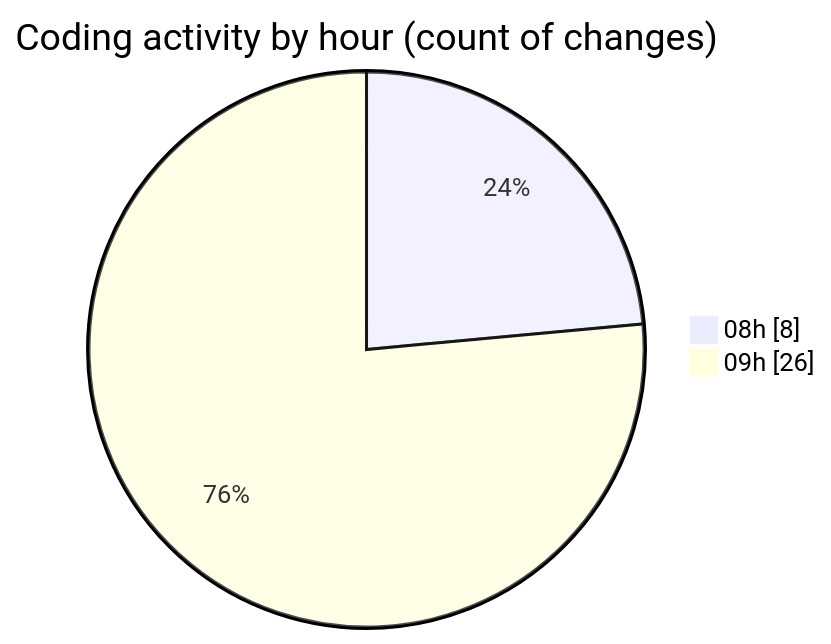
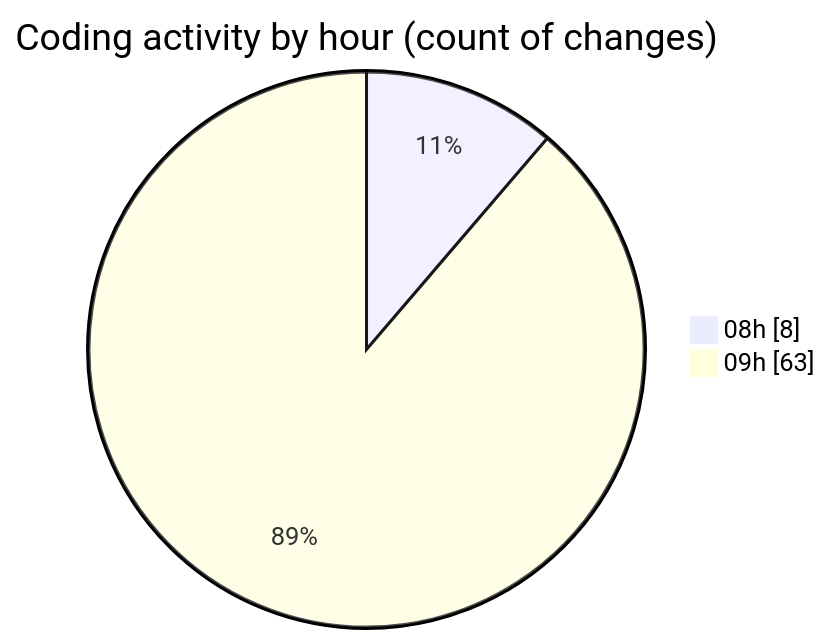
Before and after one commit to robertbonfada/code-tracking: the second of 2 diagrams in 2025-03-17/lumine-web/README.md, drawn with Mermaid. The commit also changed other lines of this file and 1 other file, not shown here.

````diff
--- a/2025-03-17/lumine-web/README.md
+++ b/2025-03-17/lumine-web/README.md
@@ -39,6 +52,6 @@
 ```mermaid
 pie showData
 title Coding activity by hour (count of changes)
 "08h" : 8
-"09h" : 26
+"09h" : 63
 ```
````
